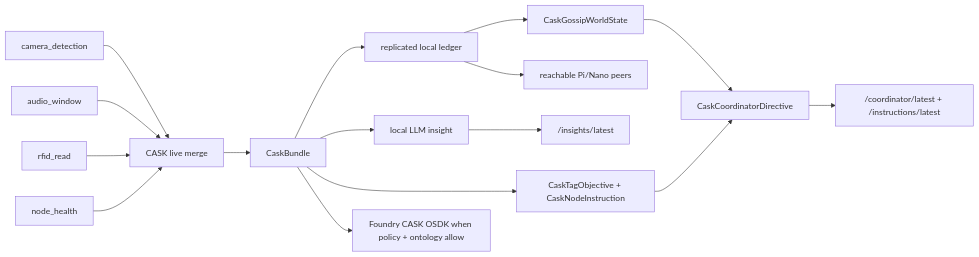
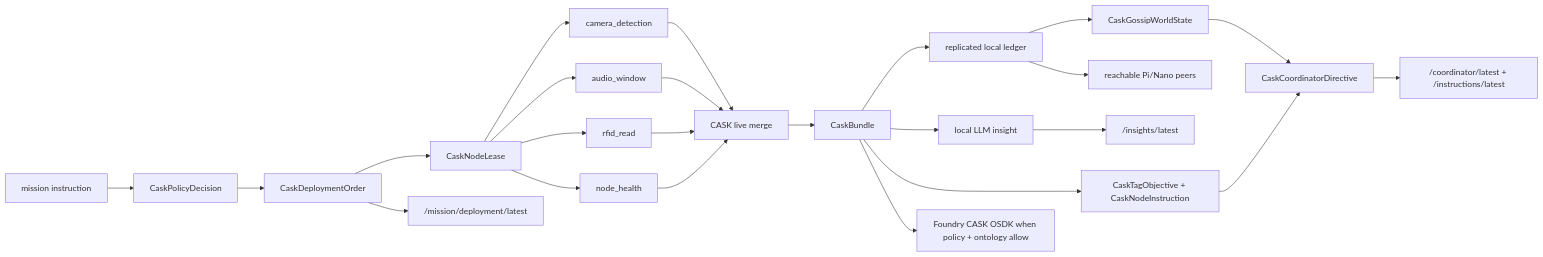
The diagram in docs/cask-ontology-approach.md (digitalnomd/altiair), drawn with Mermaid before and after one commit. The commit also changed other lines of this file and 18 other files, not shown here.

Commit message:
Add CASK mission deployment and Foundry intel sync

````diff
--- a/docs/cask-ontology-approach.md
+++ b/docs/cask-ontology-approach.md
@@ -53,18 +63,26 @@
 ```mermaid
 flowchart LR
-  Camera["camera_detection"] --> Merge["CASK live merge"]
+  Mission["mission instruction"] --> Policy["CaskPolicyDecision"]
+  Policy --> Deployment["CaskDeploymentOrder"]
+  Deployment --> Leases["CaskNodeLease"]
+  Leases --> Camera["camera_detection"]
+  Leases --> Mic["audio_window"]
+  Leases --> RFID["rfid_read"]
+  Leases --> Health["node_health"]
+  Camera --> Merge["CASK live merge"]
   Mic["audio_window"] --> Merge
   RFID["rfid_read"] --> Merge
   Health["node_health"] --> Merge
   Merge --> Bundle["CaskBundle"]
   Bundle --> Ledger["replicated local ledger"]
   Bundle --> LLM["local LLM insight"]
   Bundle --> Tag["CaskTagObjective + CaskNodeInstruction"]
   Ledger --> Gossip["CaskGossipWorldState"]
   Gossip --> Coordinator["CaskCoordinatorDirective"]
   Tag --> Coordinator
   Ledger --> Peers["reachable Pi/Nano peers"]
   LLM --> Display["/insights/latest"]
+  Deployment --> Display0["/mission/deployment/latest"]
   Coordinator --> Display2["/coordinator/latest + /instructions/latest"]
   Bundle --> Foundry["Foundry CASK OSDK when policy + ontology allow"]
 ```
````
